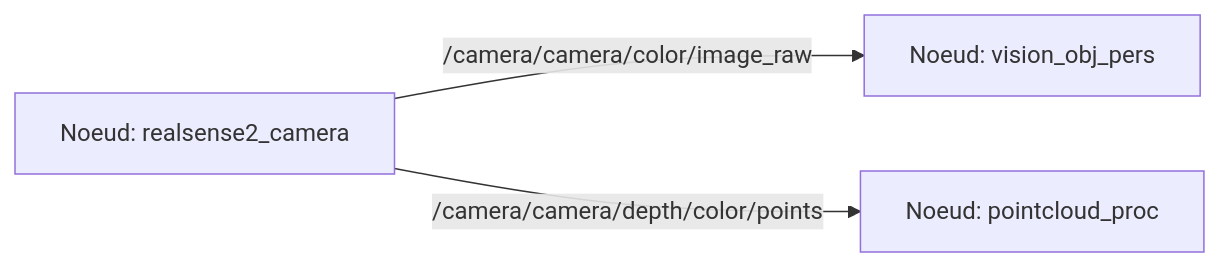
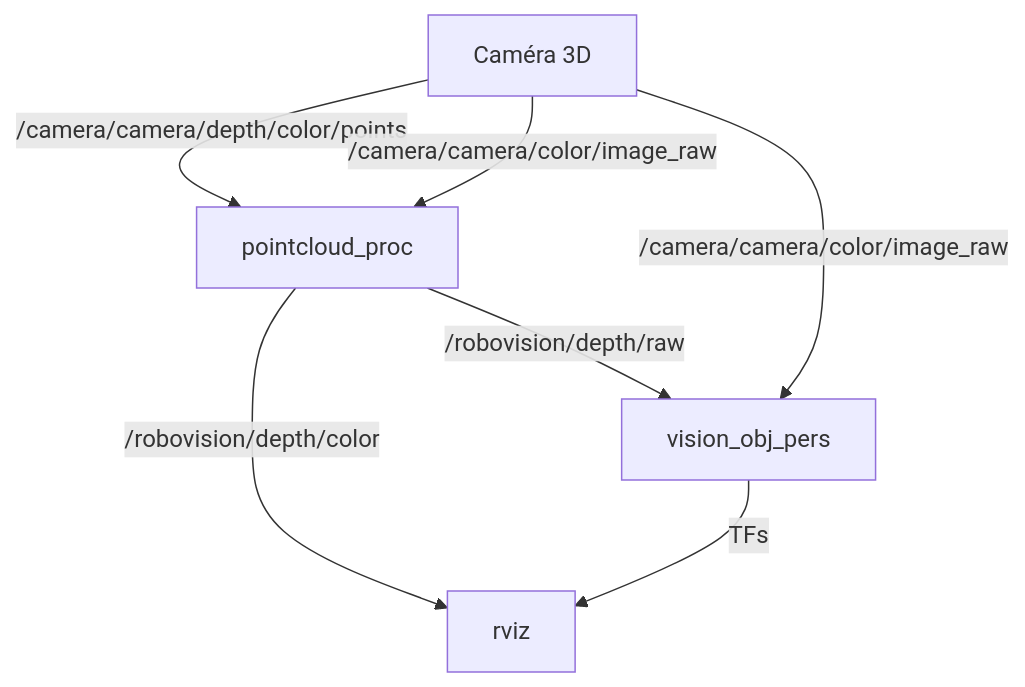
The first of 2 diagrams in README.md (SlendyBoy/Robovision), drawn with Mermaid before and after one commit. The commit also changed other lines of this file and 10 other files, not shown here.

````diff
--- a/README.md
+++ b/README.md
@@ -105,9 +92,9 @@
 ```mermaid
-graph LR
-    realsense2_camera["Noeud: realsense2_camera"]
-    pointcloud_proc["Noeud: pointcloud_proc"]
-    vision_obj_pers["Noeud: vision_obj_pers"]
-    
-    realsense2_camera -- "/camera/camera/color/image_raw" --> vision_obj_pers
-    realsense2_camera -- "/camera/camera/depth/color/points" --> pointcloud_proc
+graph TD
+    Camera3D[Caméra 3D] -->|/camera/camera/depth/color/points| pointcloud_proc[pointcloud_proc]
+    Camera3D -->|/camera/camera/color/image_raw| pointcloud_proc
+    pointcloud_proc -->|/robovision/depth/raw| vision_obj_pers[vision_obj_pers]
+    pointcloud_proc -->|/robovision/depth/color| rviz
+    Camera3D -->|/camera/camera/color/image_raw| vision_obj_pers
+    vision_obj_pers -->|TFs| rviz[rviz]
 ```
````
